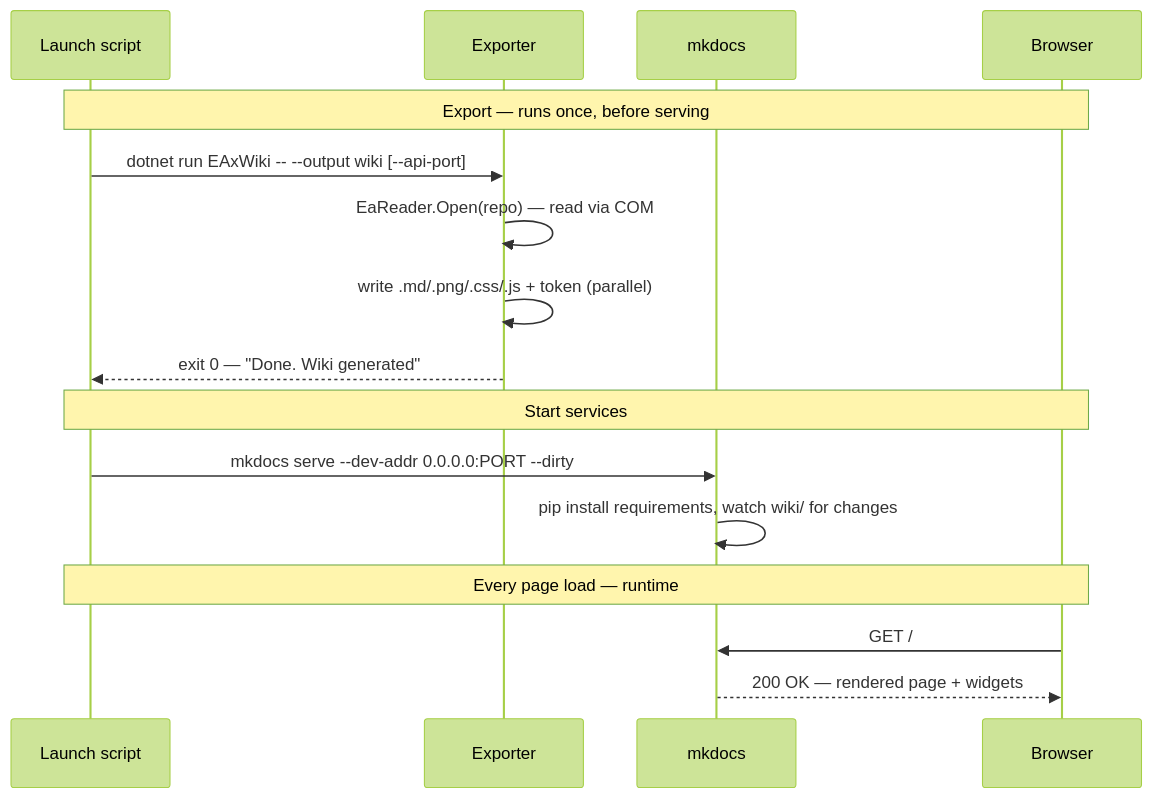
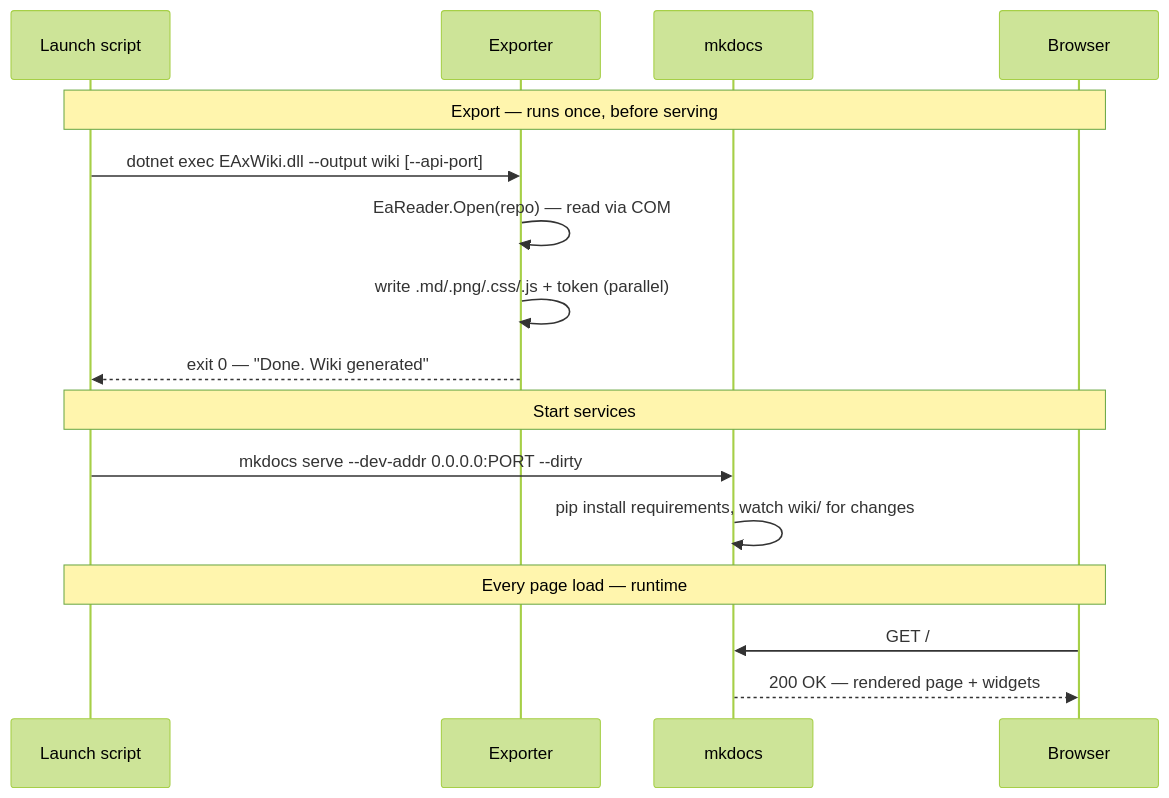
The first of 3 diagrams in docs/design-decisions.md (hvroosmalen-eaxpertise/EAxWiki), drawn with Mermaid (forest theme) before and after one commit. The commit also changed other lines of this file and 7 other files, not shown here.

````diff
--- a/docs/design-decisions.md
+++ b/docs/design-decisions.md
@@ -7,21 +7,21 @@
     ```mermaid
     sequenceDiagram
         participant Script as Launch script
         participant Exporter
         participant MkDocs as mkdocs
         participant Browser
 
         Note over Script,Browser: Export — runs once, before serving
-        Script->>Exporter: dotnet run EAxWiki -- --output wiki [--api-port]
+        Script->>Exporter: dotnet exec EAxWiki.dll --output wiki [--api-port]
         Exporter->>Exporter: EaReader.Open(repo) — read via COM
         Exporter->>Exporter: write .md/.png/.css/.js + token (parallel)
         Exporter-->>Script: exit 0 — "Done. Wiki generated"
 
         Note over Script,Browser: Start services
         Script->>MkDocs: mkdocs serve --dev-addr 0.0.0.0:PORT --dirty
         MkDocs->>MkDocs: pip install requirements, watch wiki/ for changes
 
         Note over Script,Browser: Every page load — runtime
         Browser->>MkDocs: GET /
         MkDocs-->>Browser: 200 OK — rendered page + widgets
     ```
````
